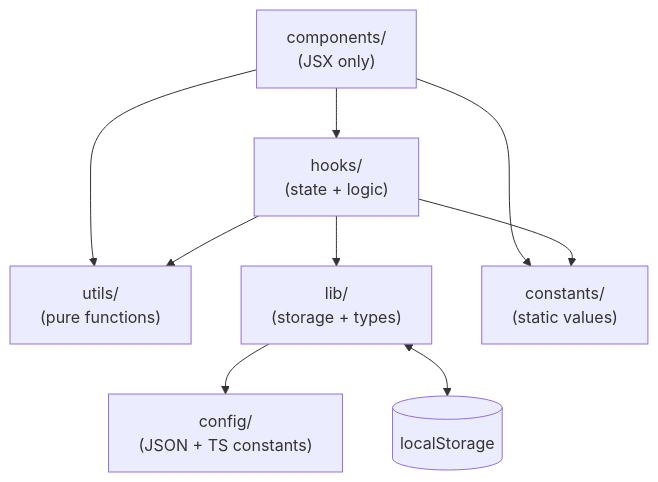
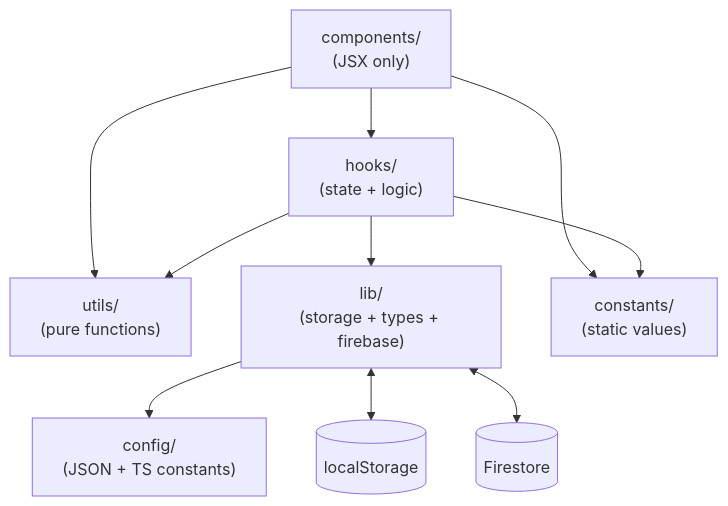
One commit to anandgupta193/expense-manager changed the first of 2 diagrams in docs/architecture.md. Above: the diagram before and after it, drawn with Mermaid. The commit also changed other lines of this file and 5 other files, not shown here.

First line of the commit message:
docs: update CLAUDE.md and docs for Firebase auth + Firestore sync

````diff
--- a/docs/architecture.md
+++ b/docs/architecture.md
@@ -5,19 +5,21 @@
 ```mermaid
 graph TD
     components["components/\n(JSX only)"]
     hooks["hooks/\n(state + logic)"]
     utils["utils/\n(pure functions)"]
-    lib["lib/\n(storage + types)"]
+    lib["lib/\n(storage + types + firebase)"]
     constants["constants/\n(static values)"]
     config["config/\n(JSON + TS constants)"]
     localStorage[(localStorage)]
+    firestore[(Firestore)]
 
     components --> hooks
     components --> utils
     components --> constants
     hooks --> lib
     hooks --> utils
     hooks --> constants
     lib --> config
     lib <--> localStorage
+    lib <--> firestore
 ```
````
